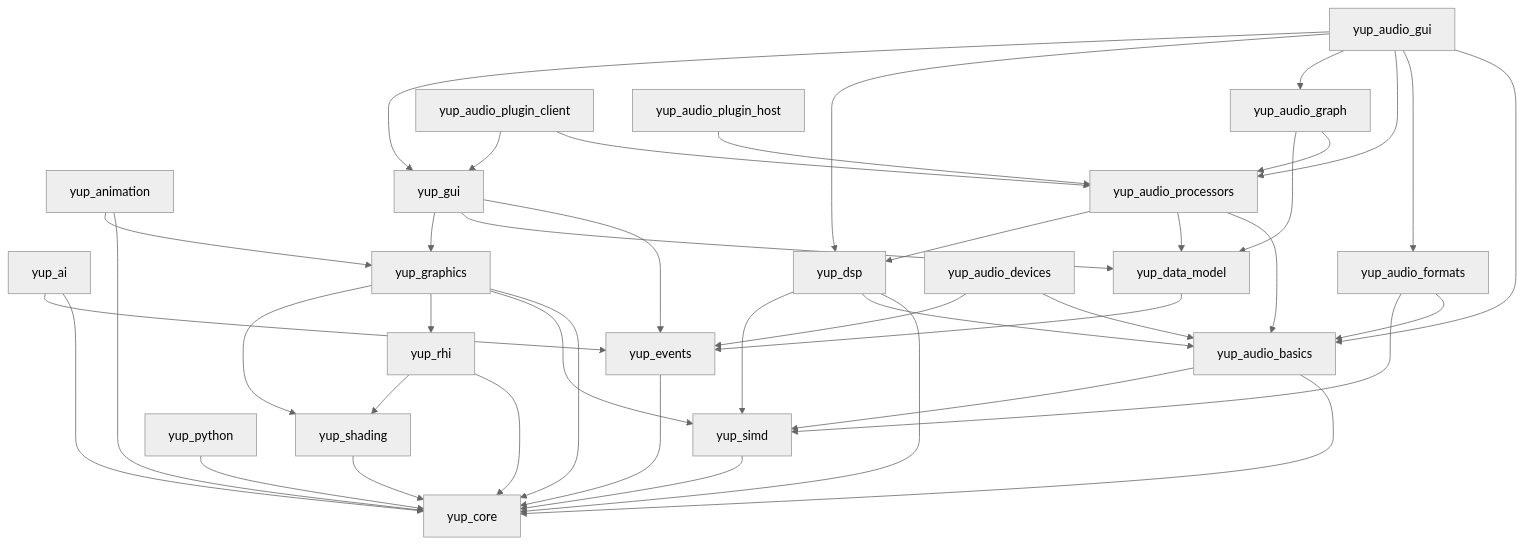
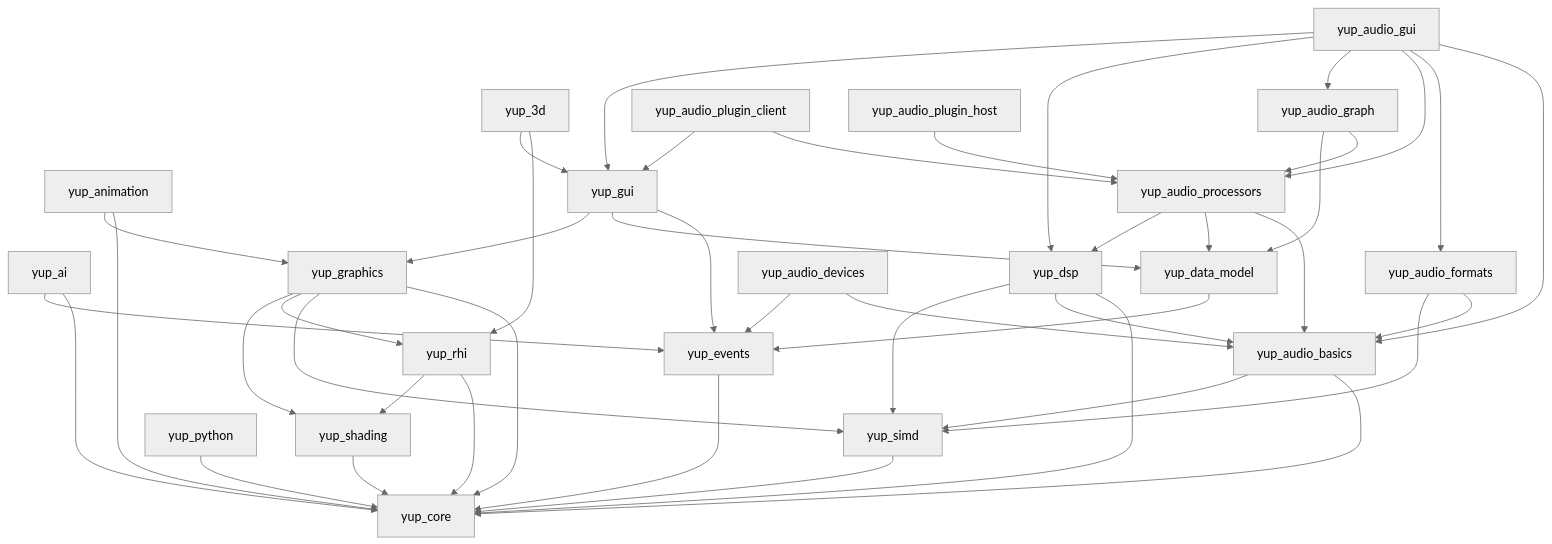
One commit to kunitoki/yup changed diagram 23 of 23 in docs/modules.md. Above: the diagram before and after it, drawn with Mermaid (neutral theme). The commit also changed other lines of this file and 75 other files, not shown here.

````diff
--- a/docs/modules.md
+++ b/docs/modules.md
@@ -424,57 +445,60 @@
 ```mermaid
 flowchart TD
     simd[yup_simd] --> core[yup_core]
     events[yup_events] --> core
     shading[yup_shading] --> core
     rhi[yup_rhi] --> core
     rhi --> shading
     python[yup_python] --> core
     ai[yup_ai] --> core
     ai --> events
 
     graphics[yup_graphics] --> core
     graphics --> simd
     graphics --> rhi
     graphics --> shading
 
     animation[yup_animation] --> core
     animation --> graphics
 
     data[yup_data_model] --> events
 
     gui[yup_gui] --> events
     gui --> data
     gui --> graphics
+
+    three[yup_3d] --> rhi
+    three --> gui
 
     ab[yup_audio_basics] --> core
     ab --> simd
 
     dsp[yup_dsp] --> core
     dsp --> ab
     dsp --> simd
 
     afmt[yup_audio_formats] --> ab
     afmt --> simd
 
     adev[yup_audio_devices] --> ab
     adev --> events
 
     aproc[yup_audio_processors] --> ab
     aproc --> data
     aproc --> dsp
 
     agraph[yup_audio_graph] --> aproc
     agraph --> data
 
     aclient[yup_audio_plugin_client] --> aproc
     aclient --> gui
 
     ahost[yup_audio_plugin_host] --> aproc
 
     agui[yup_audio_gui] --> ab
     agui --> afmt
     agui --> aproc
     agui --> agraph
     agui --> dsp
     agui --> gui
 ```
````
